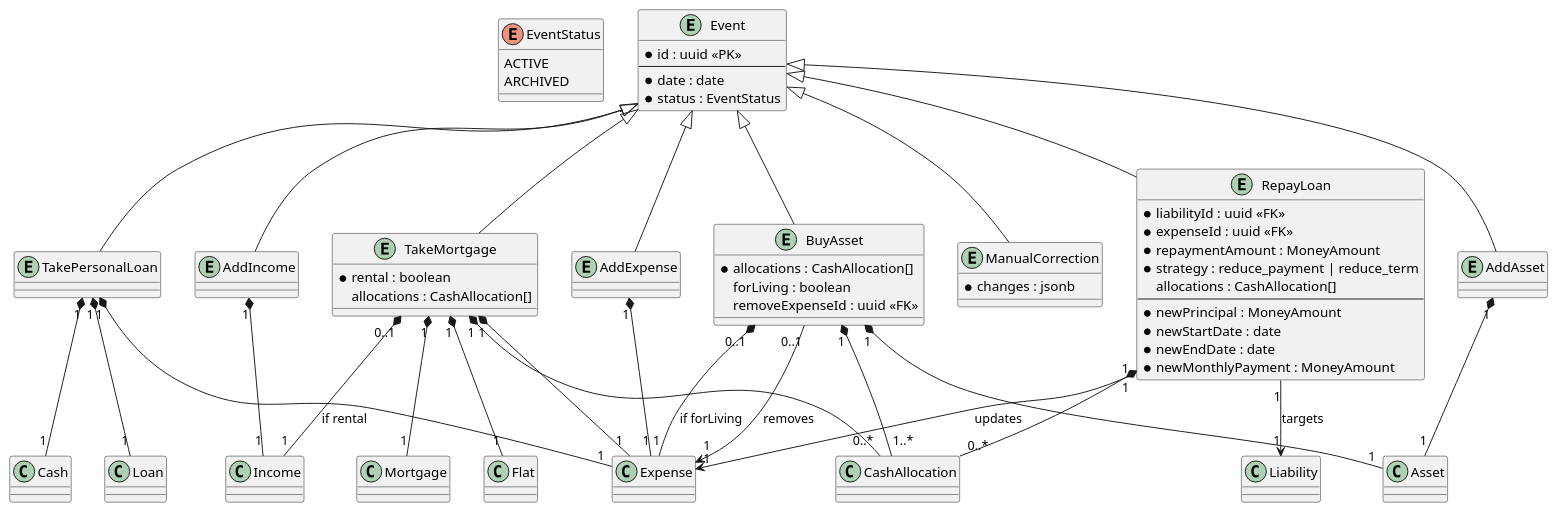
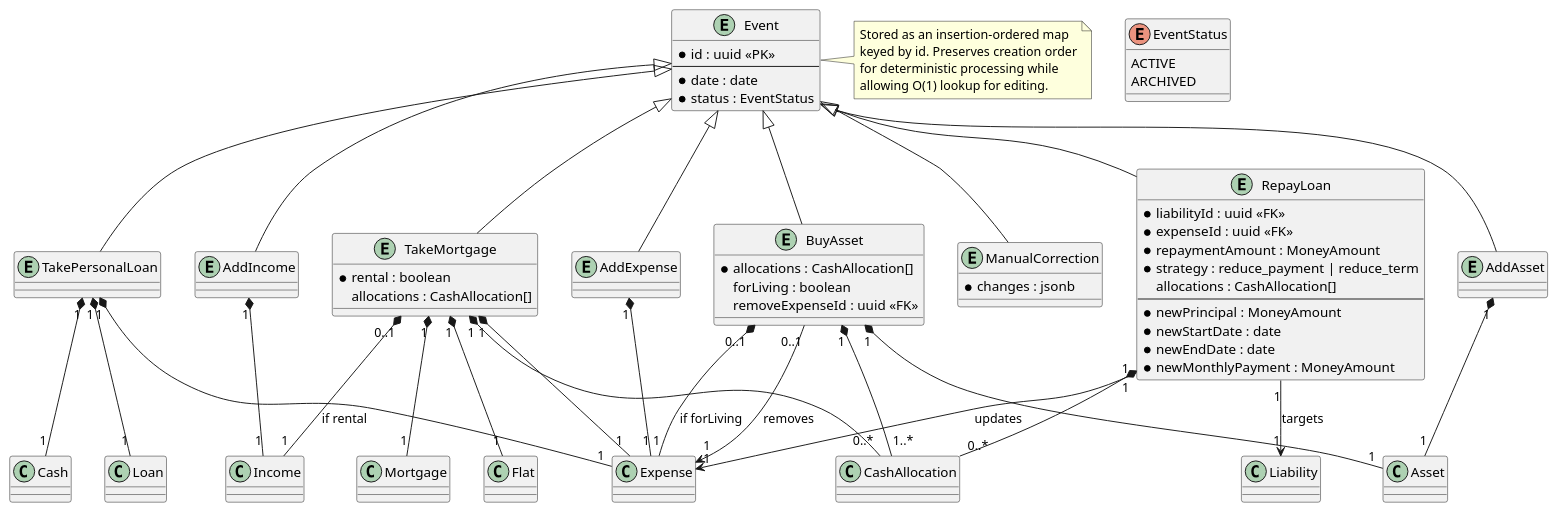
Before and after one commit to littlewhywhat/loan-advisor: the diagram in spec/diagram/events.puml, drawn with PlantUML. The commit also changed 3 other files, not shown here.

First line of the commit message:
feat: add calendar view spec and ordered map storage design

```diff
--- a/spec/diagram/events.puml
+++ b/spec/diagram/events.puml
@@ -1,88 +1,95 @@
 @startuml finance-events
 
 enum EventStatus {
   ACTIVE
   ARCHIVED
 }
 
 entity Event {
   * id : uuid <<PK>>
   --
   * date : date
   * status : EventStatus
 }
+
+note right of Event
+  Stored as an insertion-ordered map
+  keyed by id. Preserves creation order
+  for deterministic processing while
+  allowing O(1) lookup for editing.
+end note
 
 entity TakeMortgage {
   * rental : boolean
   allocations : CashAllocation[]
 }
 
 entity TakePersonalLoan {
 }
 
 entity AddAsset {
 }
 
 entity AddIncome {
 }
 
 entity AddExpense {
 }
 
 entity ManualCorrection {
   * changes : jsonb
 }
 
 entity RepayLoan {
   * liabilityId : uuid <<FK>>
   * expenseId : uuid <<FK>>
   * repaymentAmount : MoneyAmount
   * strategy : reduce_payment | reduce_term
   allocations : CashAllocation[]
   --
   * newPrincipal : MoneyAmount
   * newStartDate : date
   * newEndDate : date
   * newMonthlyPayment : MoneyAmount
 }
 
 entity BuyAsset {
   * allocations : CashAllocation[]
   forLiving : boolean
   removeExpenseId : uuid <<FK>>
 }
 
 Event <|-- TakeMortgage
 Event <|-- TakePersonalLoan
 Event <|-- AddAsset
 Event <|-- AddIncome
 Event <|-- AddExpense
 Event <|-- ManualCorrection
 Event <|-- RepayLoan
 Event <|-- BuyAsset
 
 TakeMortgage "1" *-- "1" Mortgage
 TakeMortgage "1" *-- "1" Flat
 TakeMortgage "1" *-- "1" Expense
 TakeMortgage "0..1" *-- "1" Income : if rental
 TakeMortgage "1" *-- "0..*" CashAllocation
 
 TakePersonalLoan "1" *-- "1" Loan
 TakePersonalLoan "1" *-- "1" Cash
 TakePersonalLoan "1" *-- "1" Expense
 
 AddAsset "1" *-- "1" Asset
 
 AddIncome "1" *-- "1" Income
 AddExpense "1" *-- "1" Expense
 
 RepayLoan "1" --> "1" Liability : targets
 RepayLoan "1" --> "1" Expense : updates
 RepayLoan "1" *-- "0..*" CashAllocation
 
 BuyAsset "1" *-- "1" Asset
 BuyAsset "1" *-- "1..*" CashAllocation
 BuyAsset "0..1" *-- "1" Expense : if forLiving
 BuyAsset "0..1" --> "1" Expense : removes
 
 @enduml
```
